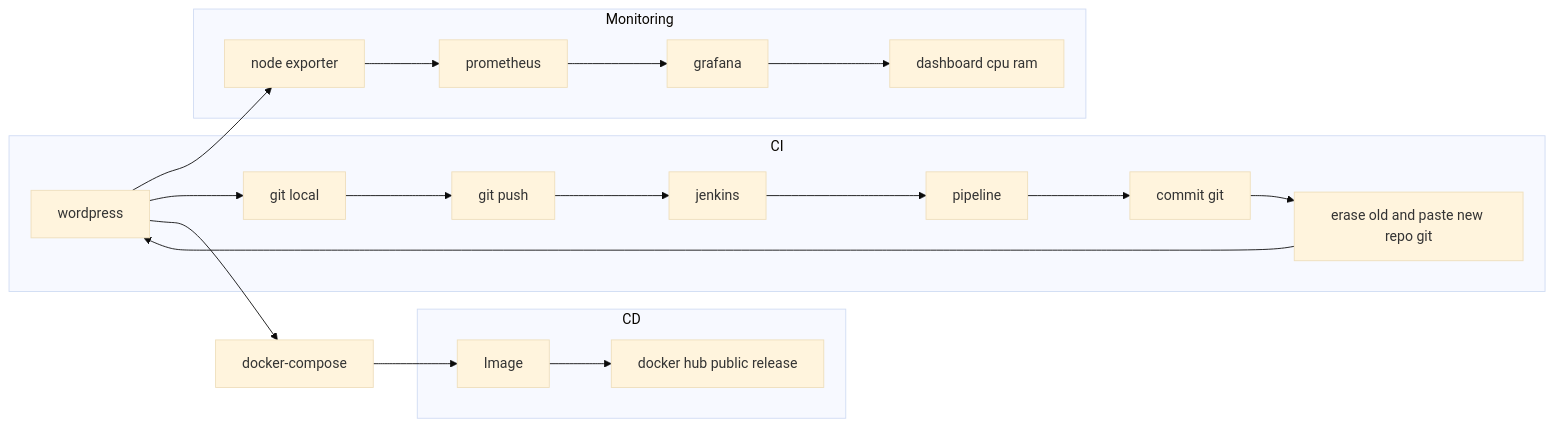
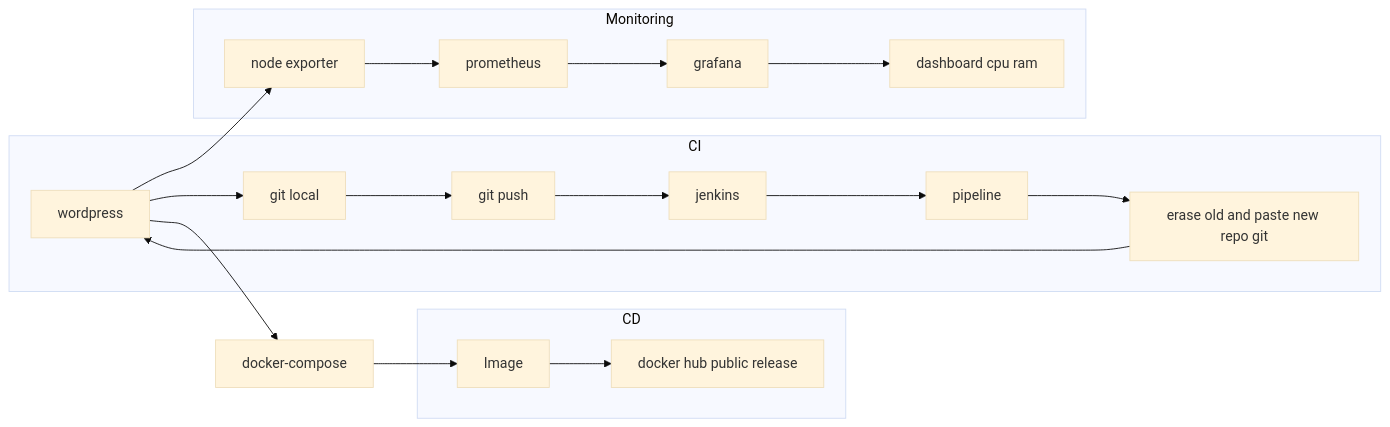
Before and after one commit to DanyAAD90/CICD_complete_from_scratch: the diagram in README.md, drawn with Mermaid (base theme).

````diff
--- a/README.md
+++ b/README.md
@@ -5,23 +5,22 @@
 ```mermaid
 flowchart LR
 A[wordpress] --> G[node exporter]
 subgraph CI
 A --> O[git local]
 O --> P[git push]
 P --> K[jenkins]
 K --> L[pipeline]
-L --> M[commit git]
-M --> N[erase old and paste new repo git]
+L --> N[erase old and paste new repo git]
 N --> A
 end
 subgraph Monitoring
 G --> H[prometheus]
 H --> I[grafana]
 I --> J[dashboard cpu ram]
 end
 A --> D[docker-compose]
 D --> E[Image]
 subgraph CD
 E --> F[docker hub public release]
 end
 ```
````
